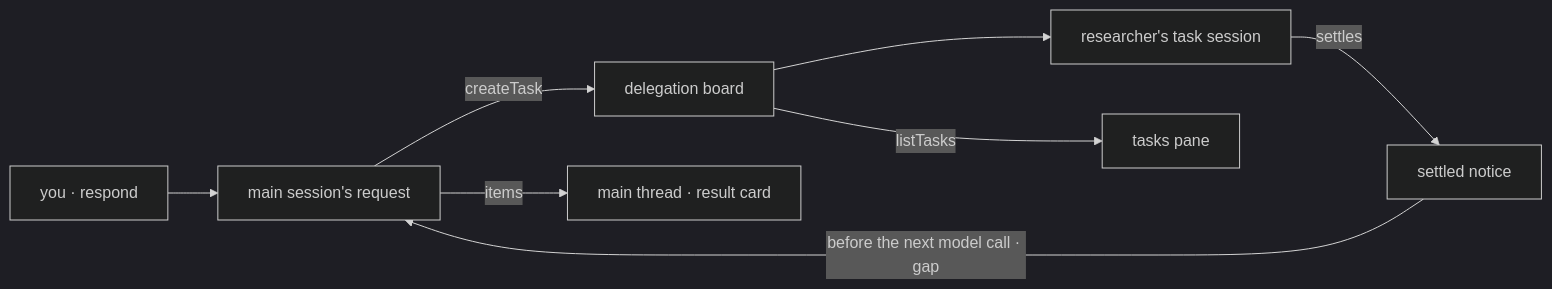
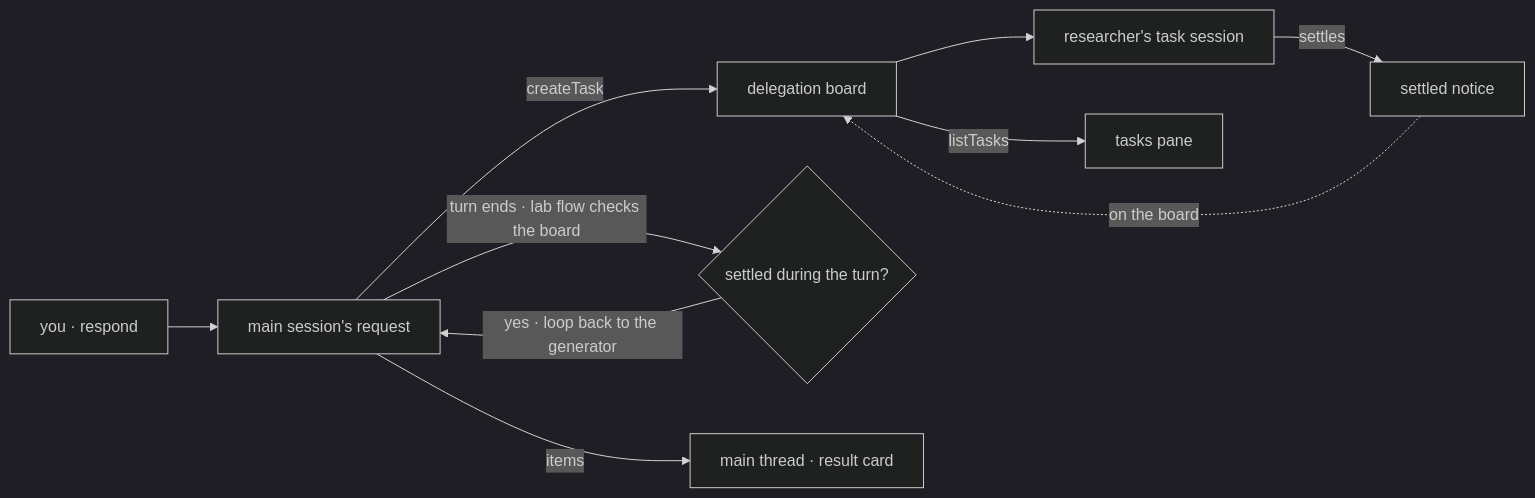
Before and after one commit to fixpoint-labs/flow-state-dev: the second of 2 diagrams in specs/issues/FIX-2153/SPEC.md, drawn with Mermaid (dark theme). The commit also changed other lines of this file and 3 other files, not shown here.

First line of the commit message:
spec(FIX-2153): mode comes from the view; result reaches the turn through the lab's loop-back flow

````diff
--- a/specs/issues/FIX-2153/SPEC.md
+++ b/specs/issues/FIX-2153/SPEC.md
@@ -92,10 +92,12 @@
 ```mermaid
 flowchart LR
   U["you · respond"] --> M["main session's request"]
   M -->|"createTask"| B["delegation board"]
   B --> R["researcher's task session"]
   R -->|"settles"| N["settled notice"]
-  N -->|"before the next model call · gap"| M
+  N -.->|"on the board"| B
+  M -->|"turn ends · lab flow checks the board"| L{"settled during the turn?"}
+  L -->|"yes · loop back to the generator"| M
   M -->|"items"| V["main thread · result card"]
   B -->|"listTasks"| P["tasks pane"]
 ```
````
